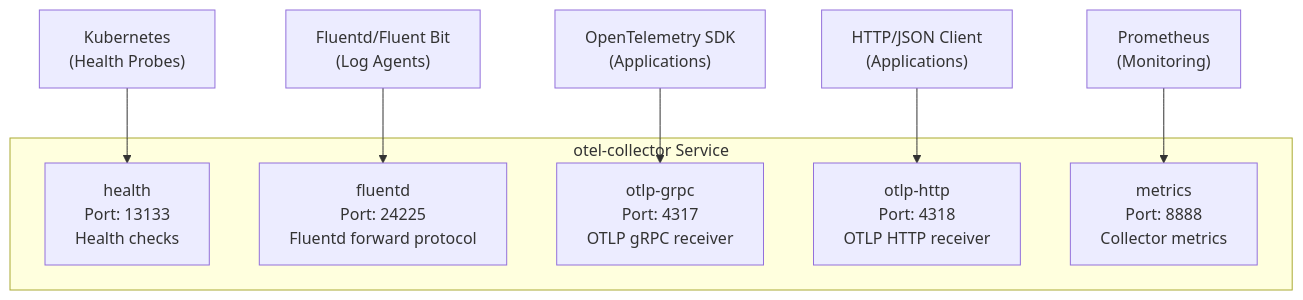
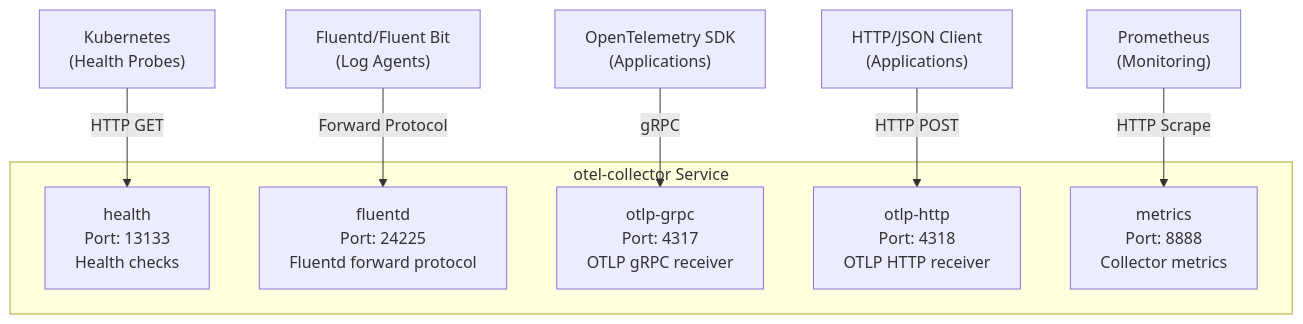
Before and after one commit to openchoreo/openchoreo: the second of 7 diagrams in docs/hyperdxio-helm-charts-docs/Data-Flow-and-Integration.md, drawn with Mermaid. The commit also changed other lines of this file and 85 other files, not shown here.

Commit message:
feat: Add new workflow and specification templates, update Helm chart dependencies, and clarify documentation diagrams.

````diff
--- a/docs/hyperdxio-helm-charts-docs/Data-Flow-and-Integration.md
+++ b/docs/hyperdxio-helm-charts-docs/Data-Flow-and-Integration.md
@@ -121,28 +121,28 @@
 ```mermaid
 flowchart TD
 
 HealthPort["health<br>Port: 13133<br>Health checks"]
 FluentdPort["fluentd<br>Port: 24225<br>Fluentd forward protocol"]
 OTLPgRPCPort["otlp-grpc<br>Port: 4317<br>OTLP gRPC receiver"]
 OTLPHTTPPort["otlp-http<br>Port: 4318<br>OTLP HTTP receiver"]
 MetricsPort["metrics<br>Port: 8888<br>Collector metrics"]
 OTLPSDK["OpenTelemetry SDK<br>(Applications)"]
 HTTPClient["HTTP/JSON Client<br>(Applications)"]
 FluentdAgent["Fluentd/Fluent Bit<br>(Log Agents)"]
 Kubernetes["Kubernetes<br>(Health Probes)"]
 Prometheus["Prometheus<br>(Monitoring)"]
 
-OTLPSDK --> OTLPgRPCPort
-HTTPClient --> OTLPHTTPPort
-FluentdAgent --> FluentdPort
-Kubernetes --> HealthPort
-Prometheus --> MetricsPort
+OTLPSDK -->|"gRPC"| OTLPgRPCPort
+HTTPClient -->|"HTTP POST"| OTLPHTTPPort
+FluentdAgent -->|"Forward Protocol"| FluentdPort
+Kubernetes -->|"HTTP GET"| HealthPort
+Prometheus -->|"HTTP Scrape"| MetricsPort
 
 subgraph subGraph0 ["otel-collector Service"]
     HealthPort
     FluentdPort
     OTLPgRPCPort
     OTLPHTTPPort
     MetricsPort
 end
 ```
````
